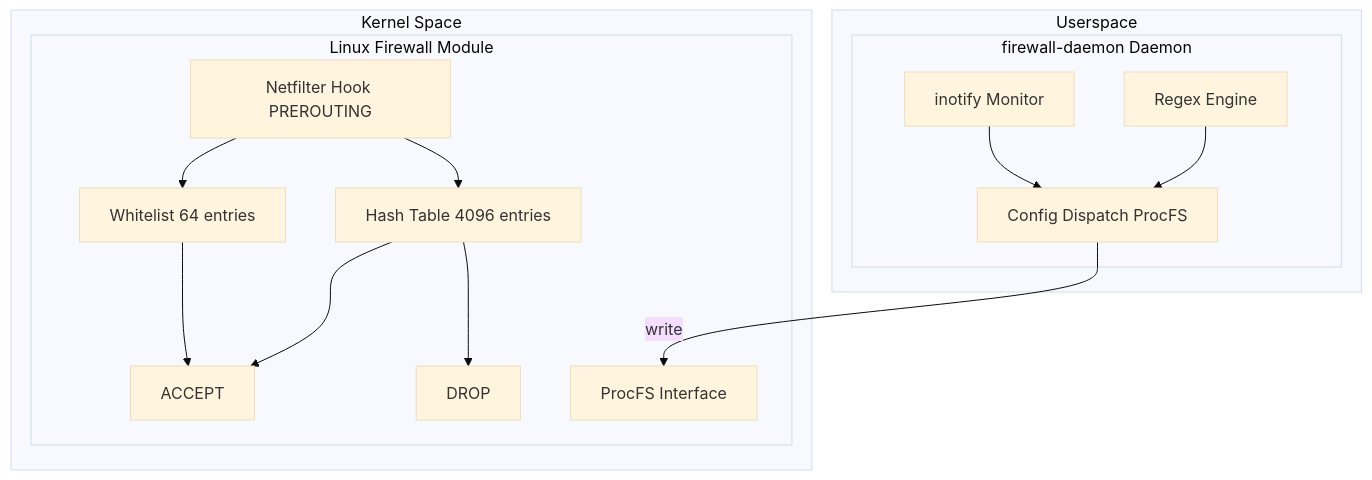
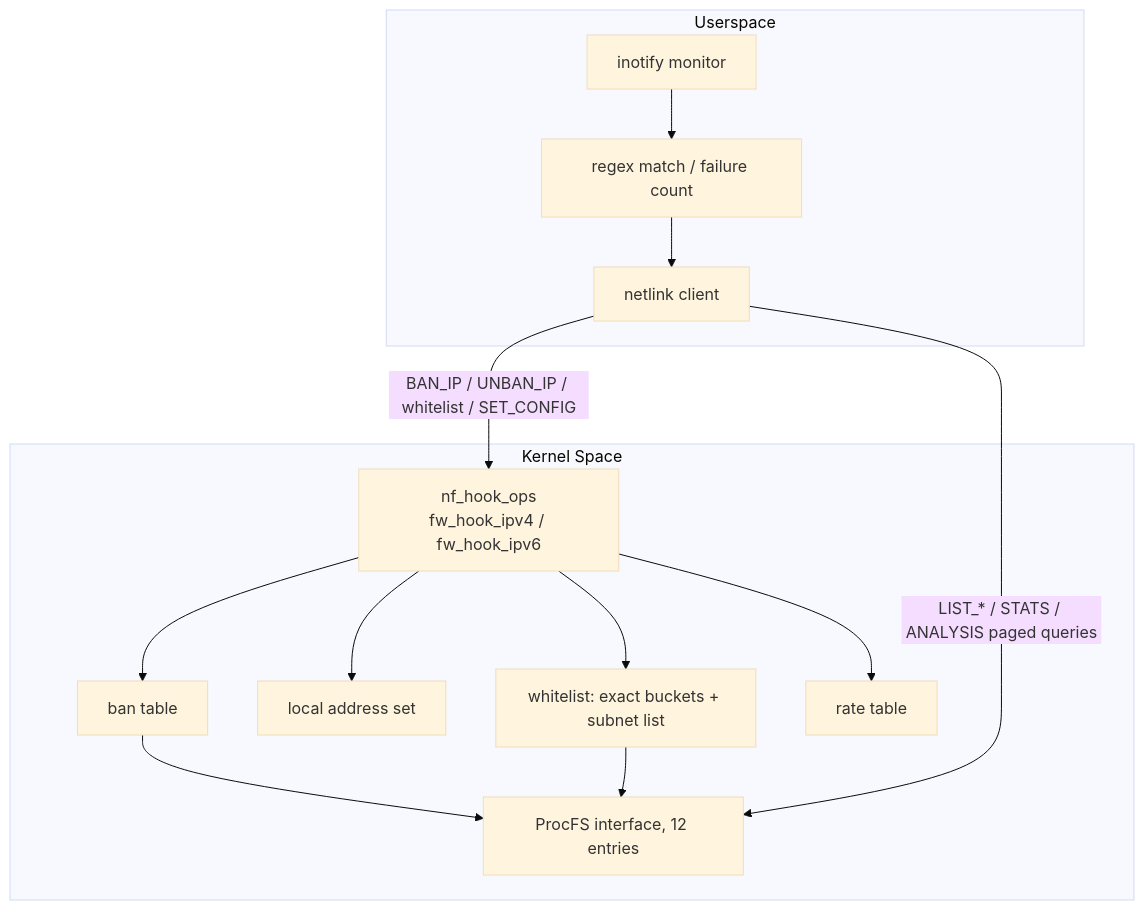
Before and after one commit to SnowCore8/linux-firewall-kmod: the diagram in docs/en/architecture/README.md, drawn with Mermaid (base theme). The commit also changed other lines of this file and 1 other file, not shown here.

````diff
--- a/docs/en/architecture/README.md
+++ b/docs/en/architecture/README.md
@@ -9,32 +12,29 @@
 ```mermaid
 graph TB
     subgraph UserSpace["Userspace"]
-        subgraph Daemon["firewall-daemon Daemon"]
-            Inotify["inotify Monitor"]
-            Regex["Regex Engine"]
-            ProcFS_Client["Config Dispatch ProcFS"]
-
-            Inotify --> ProcFS_Client
-            Regex --> ProcFS_Client
-        end
+        Inotify["inotify monitor"]
+        Regex["regex match / failure count"]
+        NL["netlink client"]
+        Inotify --> Regex
+        Regex --> NL
     end
 
     subgraph KernelSpace["Kernel Space"]
-        subgraph Firewall["Linux Firewall Module"]
-            Netfilter["Netfilter Hook PREROUTING"]
-            Whitelist["Whitelist 64 entries"]
-            HashTable["Hash Table 4096 entries"]
-            Accept["ACCEPT"]
-            Drop["DROP"]
-            ProcFS_Server["ProcFS Interface"]
-            
-            Netfilter --> Whitelist
-            Netfilter --> HashTable
-            Whitelist --> Accept
-            HashTable --> Accept
-            HashTable --> Drop
-        end
+        Hook["nf_hook_ops<br/>fw_hook_ipv4 / fw_hook_ipv6"]
+        Whitelist["whitelist: exact buckets + subnet list"]
+        Local["local address set"]
+        BanTable["ban table"]
+        RateTable["rate table"]
+        ProcFS["ProcFS interface, 12 entries"]
+
+        Hook --> Whitelist
+        Hook --> Local
+        Hook --> BanTable
+        Hook --> RateTable
+        BanTable --> ProcFS
+        Whitelist --> ProcFS
     end
 
-    ProcFS_Client -->|"write"| ProcFS_Server
+    NL -->|"BAN_IP / UNBAN_IP / whitelist / SET_CONFIG"| Hook
+    NL -->|"LIST_* / STATS / ANALYSIS paged queries"| ProcFS
 ```
````
